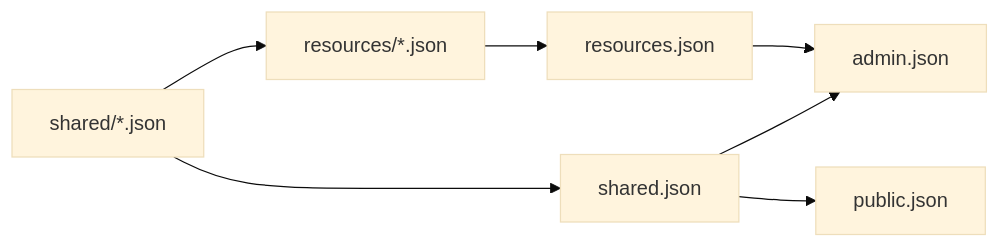
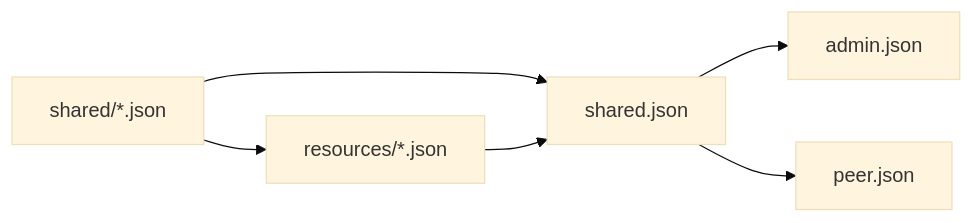
Before and after one commit to GizClaw/gizclaw: the diagram in guides/zh/developing/api/http/shared-resources.md, drawn with Mermaid (base theme). The commit also changed other lines of this file and 10 other files, not shown here.

````diff
--- a/guides/zh/developing/api/http/shared-resources.md
+++ b/guides/zh/developing/api/http/shared-resources.md
@@ -104,9 +104,8 @@
 ```mermaid
 flowchart LR
     Shared["shared/*.json"] --> SharedIndex["shared.json"]
     Shared --> Resource["resources/*.json"]
-    Resource --> ResourceIndex["resources.json"]
+    Resource --> SharedIndex
     SharedIndex --> Admin["admin.json"]
-    ResourceIndex --> Admin
-    SharedIndex --> Public["public.json"]
+    SharedIndex --> Public["peer.json"]
 ```
````
